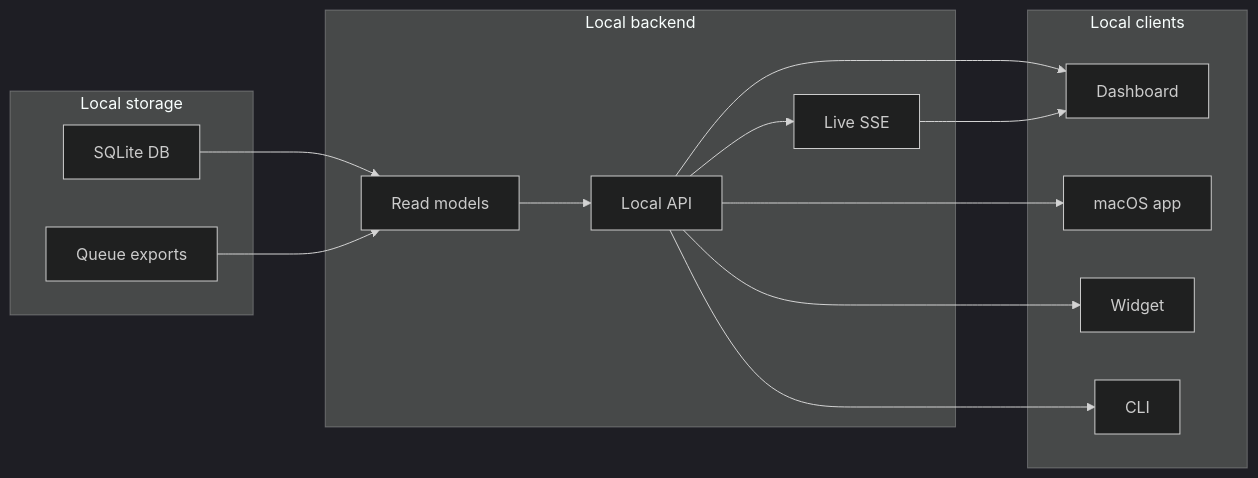
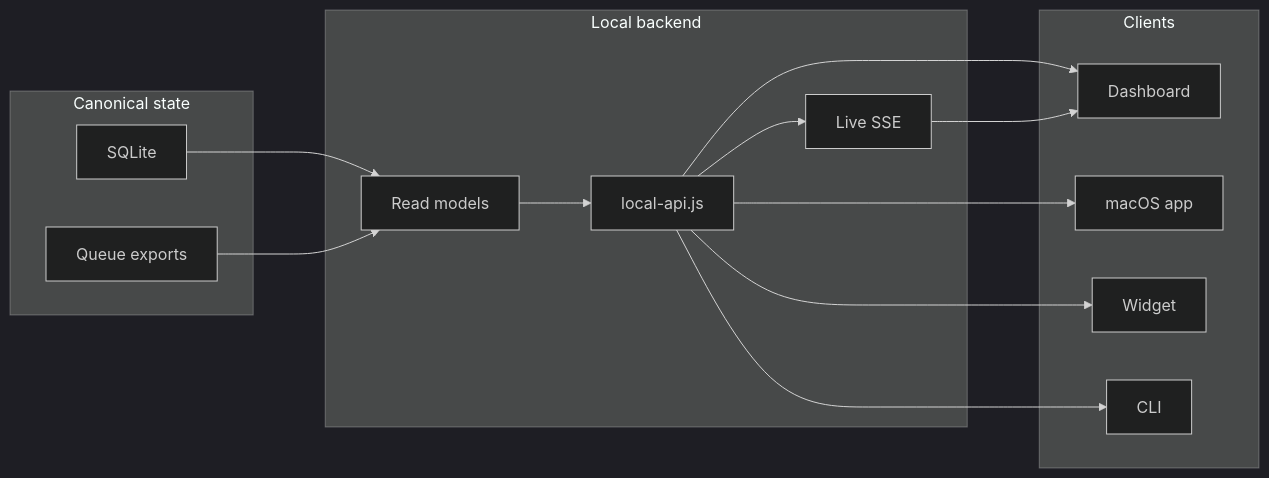
Before and after one commit to ivasuy/VibeDeck: the third of 11 diagrams in docs/ARCHITECTURE.md, drawn with Mermaid (dark theme). The commit also changed other lines of this file and 42 other files, not shown here.

````diff
--- a/docs/ARCHITECTURE.md
+++ b/docs/ARCHITECTURE.md
@@ -58,31 +102,31 @@
 ```mermaid
 %%{init: {"flowchart": {"nodeSpacing": 48, "rankSpacing": 72, "curve": "basis"}} }%%
 flowchart LR
-  subgraph Storage["Local storage"]
-    SQLite["SQLite DB"]
-    Queues["Queue exports"]
+  subgraph Storage["Canonical state"]
+    SQLite["SQLite"]
+    QueueFiles["Queue exports"]
   end
 
   subgraph Backend["Local backend"]
-    API["Local API"]
     ReadModels["Read models"]
+    LocalAPI["local-api.js"]
     LiveSSE["Live SSE"]
   end
 
-  subgraph Clients["Local clients"]
+  subgraph Clients["Clients"]
     Dashboard["Dashboard"]
-    MacApp["macOS app"]
+    Mac["macOS app"]
     Widget["Widget"]
     CLI["CLI"]
   end
 
   SQLite --> ReadModels
-  Queues --> ReadModels
-  ReadModels --> API
-  API --> LiveSSE
-  API --> Dashboard
-  API --> MacApp
-  API --> Widget
-  API --> CLI
+  QueueFiles --> ReadModels
+  ReadModels --> LocalAPI
+  LocalAPI --> LiveSSE
+  LocalAPI --> Dashboard
+  LocalAPI --> Mac
+  LocalAPI --> Widget
+  LocalAPI --> CLI
   LiveSSE --> Dashboard
 ```
````
